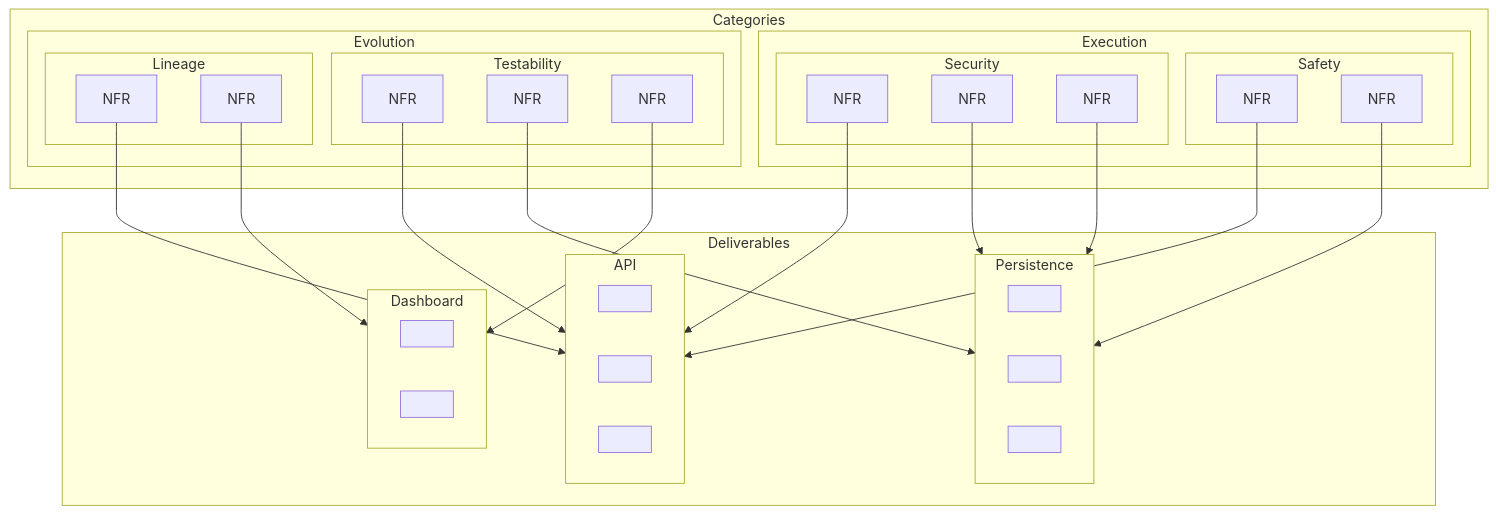
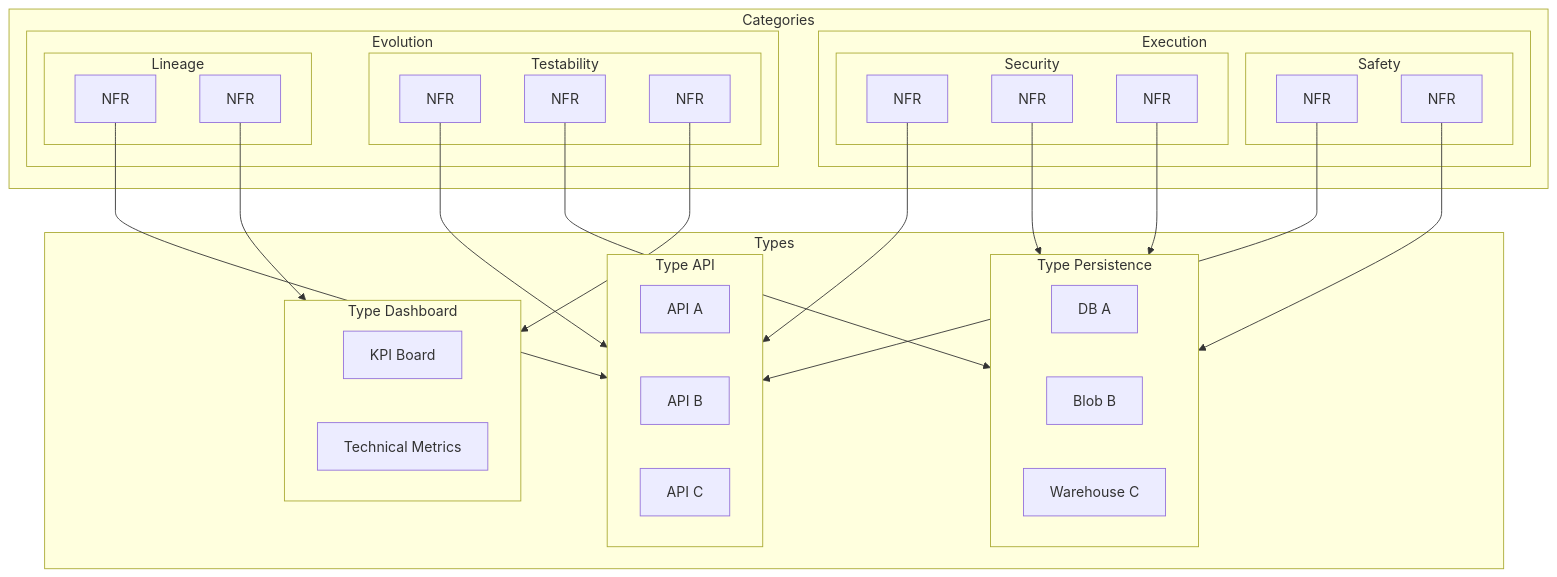
Before and after one commit to freemansoft/NFRs: the diagram in README.md, drawn with Mermaid.

Commit message:
Iterating deployable types

````diff
--- a/README.md
+++ b/README.md
@@ -132,68 +132,68 @@
 ```mermaid
 flowchart TD;
 
     subgraph subcategory1a[Safety]
         NFR1a1[NFR]
         NFR1a2[NFR]
     end
     subgraph subcategory1b[Security]
         NFR1b1[NFR]
         NFR1b2[NFR]
         NFR1b3[NFR]
     end
     subgraph subcategory2a[Testability]
         NFR2a1[NFR]
         NFR2a2[NFR]
         NFR2a3[NFR]
     end
     subgraph subcategory2b[Lineage]
         NFR2b1[NFR]
         NFR2b2[NFR]
     end
 
     subgraph category1[Execution]
         subcategory1a
         subcategory1b
     end
 
     subgraph category2[Evolution]
         subcategory2a
         subcategory2b
     end
     
     subgraph Categories
         category1
         category2
     end
     
-    subgraph Deployables[Deliverables]
-        subgraph API
-            DeployableType1a[ ]
-            DeployableType1b[ ]
-            DeployableType1c[ ]
+    subgraph Deliverables[Types]
+        subgraph API[Type API]
+            DeployableType1a[API A]
+            DeployableType1b[API B]
+            DeployableType1c[API C]
         end
-        subgraph Persistence
-            DeployableType2a[ ]
-            DeployableType2b[ ]
-            DeployableType2c[ ]
+        subgraph Persistence[Type Persistence]
+            DeployableType2a[DB A]
+            DeployableType2b[Blob B]
+            DeployableType2c[Warehouse C]
         end
-        subgraph Dashboard
-            DeployableType3a[ ]
-            DeployableType3b[ ]
+        subgraph Dashboard[Type Dashboard]
+            DeployableType3a[KPI Board]
+            DeployableType3b[Technical Metrics]
         end
     end
 
     NFR1a1 --> API
     NFR1a2 --> Persistence
 
     NFR1b1 --> API
     NFR1b2 --> Persistence
     NFR1b3 --> Persistence
 
     NFR2a1 --> API
     NFR2a2 --> Persistence
     NFR2a3 --> Dashboard
 
     NFR2b1 --> API
     NFR2b2 --> Dashboard
 ```
````
